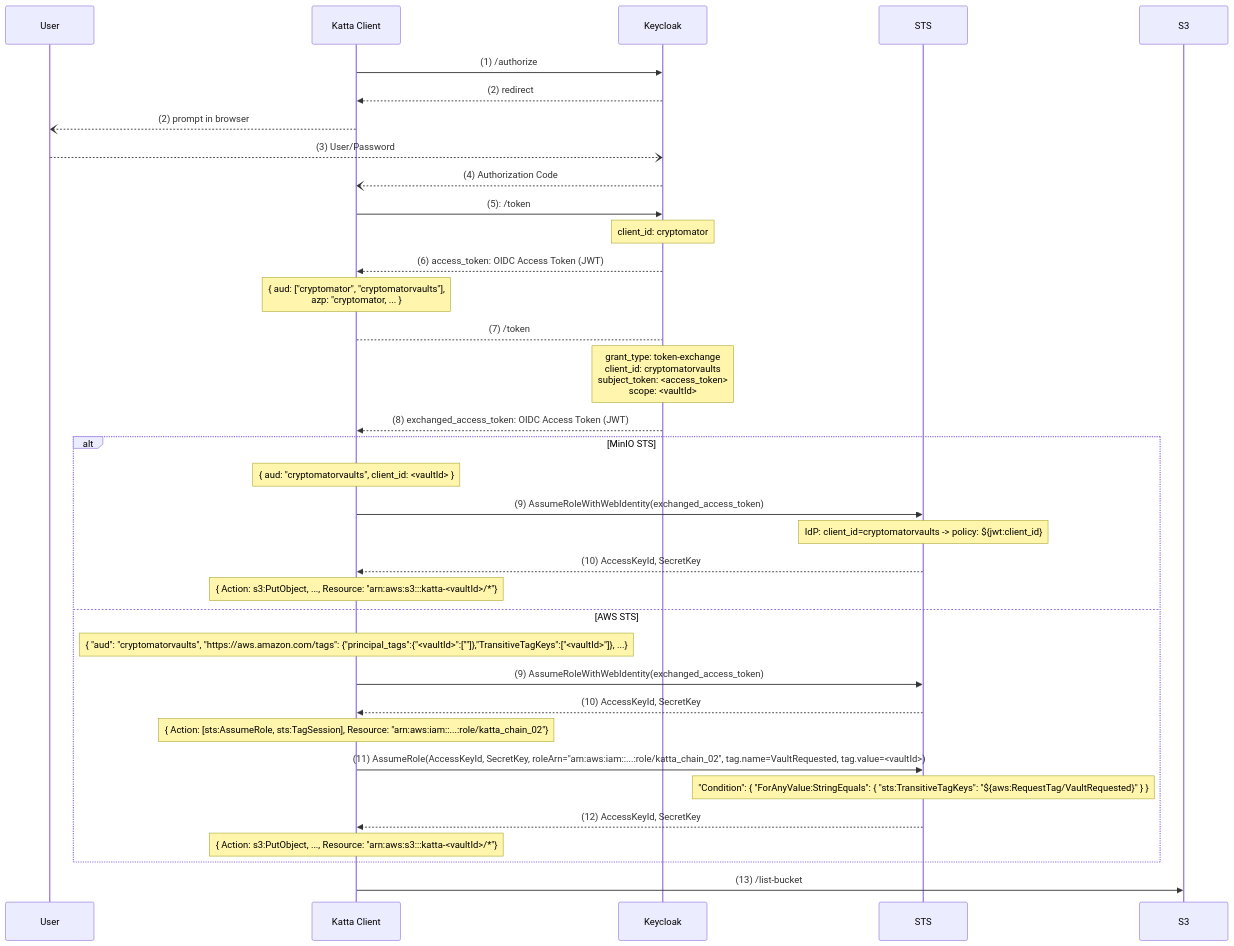
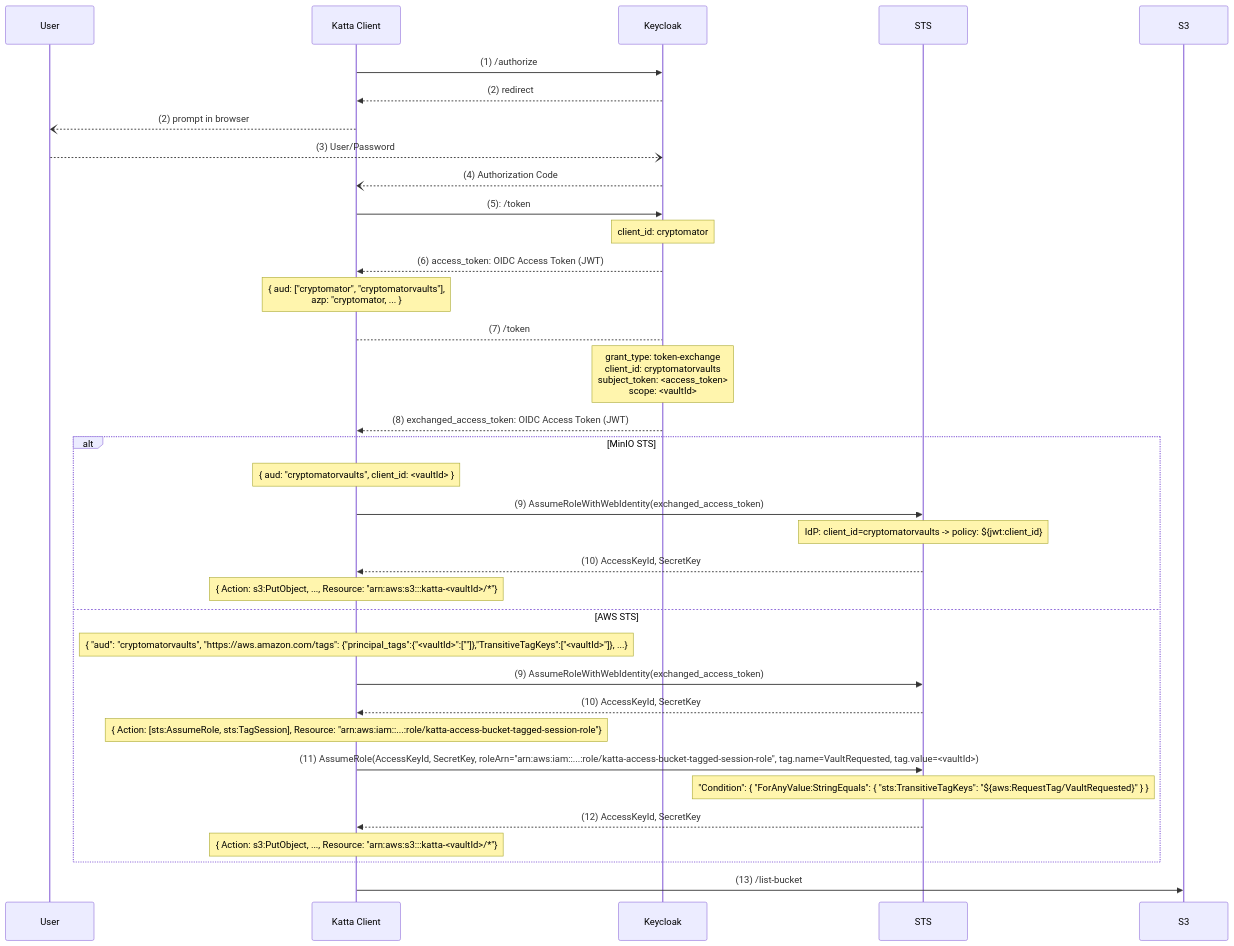
The first of 3 diagrams in docs/architecture/tokens.md (shift7-ch/katta-docs), drawn with Mermaid before and after one commit. The commit also changed other lines of this file and 15 other files, not shown here.

First line of the commit message:
Convert drawio diagrams to inline Mermaid.

````diff
--- a/docs/architecture/tokens.md
+++ b/docs/architecture/tokens.md
@@ -76,39 +76,39 @@
 ```mermaid
 sequenceDiagram
     participant User
     participant Katta Client
     participant Keycloak
     participant STS
     participant S3
     Katta Client ->> Keycloak: (1) /authorize
     Keycloak -->> Katta Client: (2) redirect
     Katta Client --) User: (2) prompt in browser
     User --) Keycloak: (3) User/Password
     Keycloak --) Katta Client: (4) Authorization Code
     Katta Client ->> Keycloak: (5): /token
     Note over Keycloak: client_id: cryptomator
     Keycloak -->> Katta Client: (6) access_token: OIDC Access Token (JWT)
     Note over Katta Client: { aud: ["cryptomator", "cryptomatorvaults"], <br/>azp: "cryptomator, ... }
     Katta Client --> Keycloak: (7) /token
     Note over Keycloak: grant_type: token-exchange<br/>client_id: cryptomatorvaults <br/> subject_token: <access_token><br/> scope: <vaultId>
     Keycloak -->> Katta Client: (8) exchanged_access_token: OIDC Access Token (JWT)
 alt MinIO STS
 Note over Katta Client: { aud: "cryptomatorvaults", client_id: <vaultId> }
 Katta Client ->> STS: (9) AssumeRoleWithWebIdentity(exchanged_access_token)
 Note over STS: IdP: client_id=cryptomatorvaults -> policy: ${jwt:client_id}
 STS -->> Katta Client: (10) AccessKeyId, SecretKey
 Note over Katta Client: { Action: s3:PutObject, ..., Resource: "arn:aws:s3:::katta-<vaultId>/*"}
 else AWS STS
 Note over Katta Client: { "aud": "cryptomatorvaults", "https://aws.amazon.com/tags": {"principal_tags":{"<vaultId>":[""]},"TransitiveTagKeys":["<vaultId>"]}, ...}
 Katta Client ->> STS: (9) AssumeRoleWithWebIdentity(exchanged_access_token)
 STS -->> Katta Client: (10) AccessKeyId, SecretKey
-Note over Katta Client: { Action: [sts:AssumeRole, sts:TagSession], Resource: "arn:aws:iam::...:role/katta_chain_02"}
-Katta Client ->> STS: (11) AssumeRole(AccessKeyId, SecretKey, roleArn="arn:aws:iam::...:role/katta_chain_02", tag.name=VaultRequested, tag.value=<vaultId>)
+Note over Katta Client: { Action: [sts:AssumeRole, sts:TagSession], Resource: "arn:aws:iam::...:role/katta-access-bucket-tagged-session-role"}
+Katta Client ->> STS: (11) AssumeRole(AccessKeyId, SecretKey, roleArn="arn:aws:iam::...:role/katta-access-bucket-tagged-session-role", tag.name=VaultRequested, tag.value=<vaultId>)
 Note over STS: "Condition": { "ForAnyValue:StringEquals": { "sts:TransitiveTagKeys": "${aws:RequestTag/VaultRequested}" } }
 STS -->> Katta Client: (12) AccessKeyId, SecretKey
 Note over Katta Client: { Action: s3:PutObject, ..., Resource: "arn:aws:s3:::katta-<vaultId>/*"}
 end
 Katta Client ->> S3: (13) /list-bucket
 
 
 ```
````
